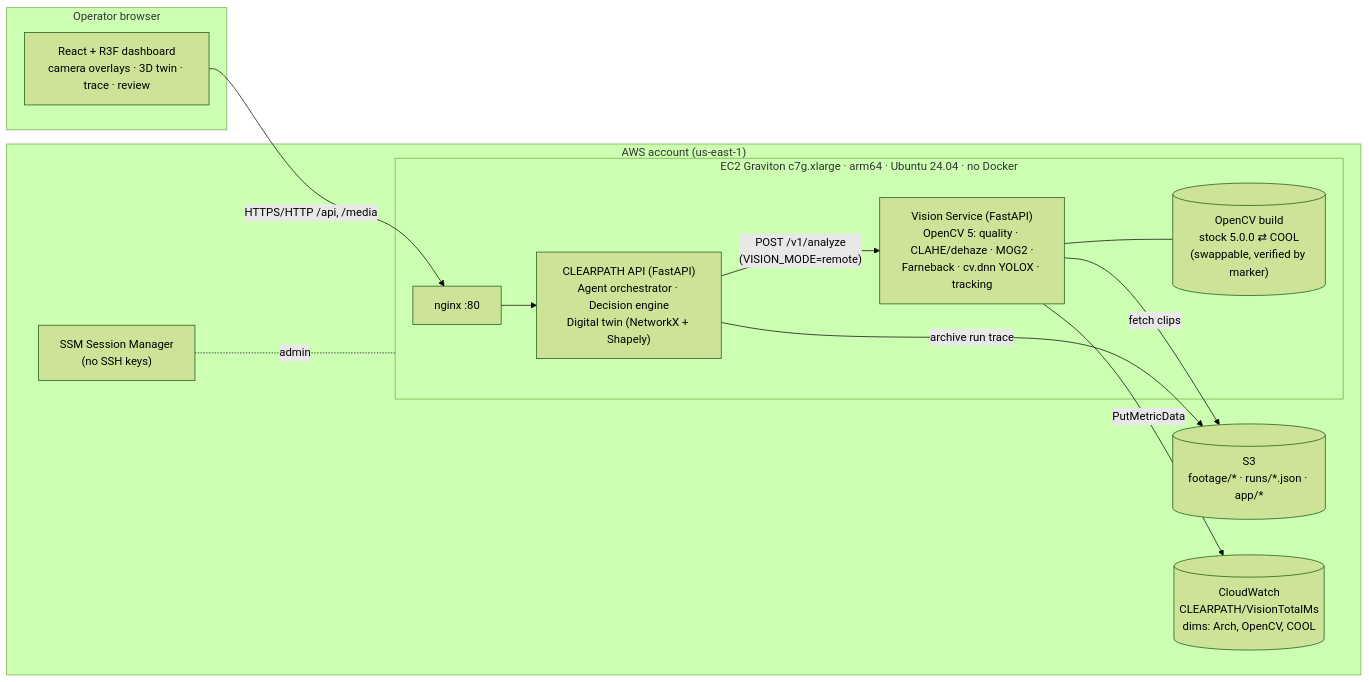
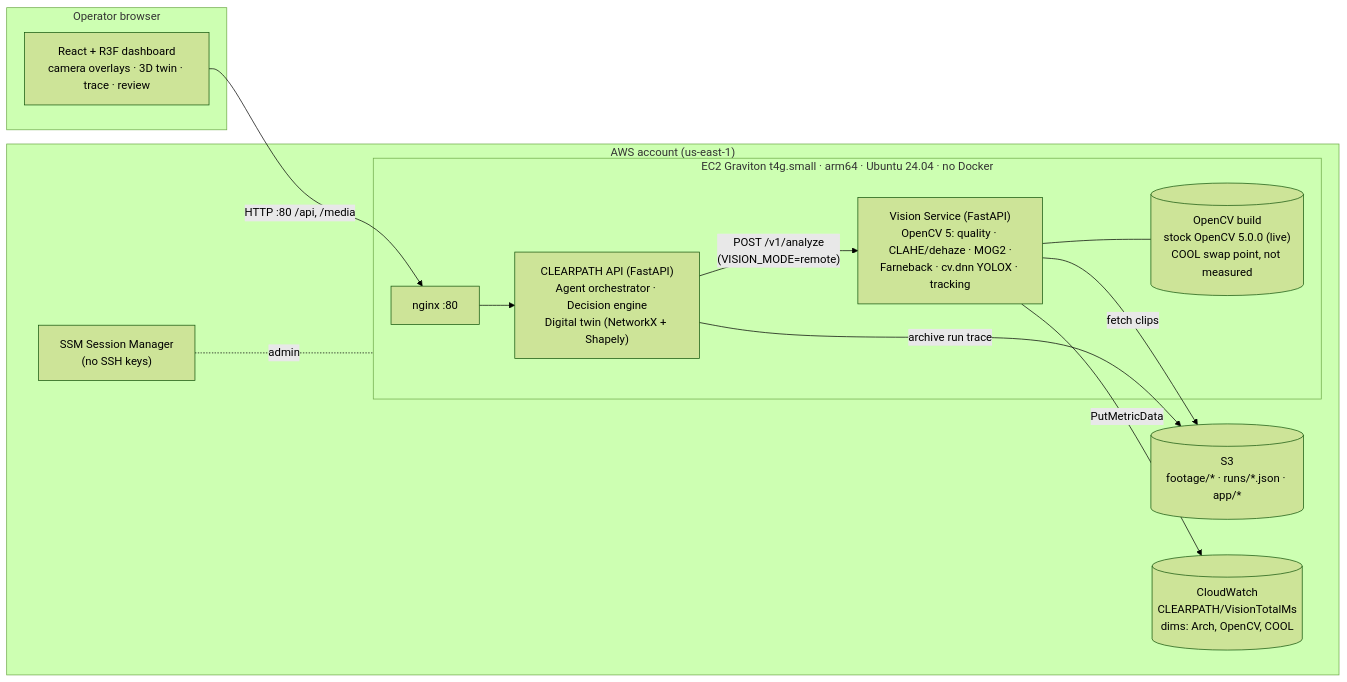
The diagram in docs/diagrams/architecture.mmd (chiragdeshmukh91/OpenCV5-Project), drawn with Mermaid (forest theme) before and after one commit. The commit also changed 3 other files, not shown here.

```diff
--- a/docs/diagrams/architecture.mmd
+++ b/docs/diagrams/architecture.mmd
@@ -1,22 +1,22 @@
 flowchart LR
   subgraph Client["Operator browser"]
     UI["React + R3F dashboard<br/>camera overlays · 3D twin · trace · review"]
   end
   subgraph AWS["AWS account (us-east-1)"]
-    subgraph EC2["EC2 Graviton c7g.xlarge · arm64 · Ubuntu 24.04 · no Docker"]
+    subgraph EC2["EC2 Graviton t4g.small · arm64 · Ubuntu 24.04 · no Docker"]
       NGX["nginx :80"]
       API["CLEARPATH API (FastAPI)<br/>Agent orchestrator · Decision engine<br/>Digital twin (NetworkX + Shapely)"]
       VIS["Vision Service (FastAPI)<br/>OpenCV 5: quality · CLAHE/dehaze · MOG2 ·<br/>Farneback · cv.dnn YOLOX · tracking"]
-      COOL[("OpenCV build<br/>stock 5.0.0 ⇄ COOL<br/>(swappable, verified by marker)")]
+      COOL[("OpenCV build<br/>stock OpenCV 5.0.0 (live)<br/>COOL swap point, not measured")]
     end
     S3[("S3<br/>footage/* · runs/*.json · app/*")]
     CW[("CloudWatch<br/>CLEARPATH/VisionTotalMs<br/>dims: Arch, OpenCV, COOL")]
     SSM["SSM Session Manager<br/>(no SSH keys)"]
   end
-  UI -- "HTTPS/HTTP /api, /media" --> NGX --> API
+  UI -- "HTTP :80 /api, /media" --> NGX --> API
   API -- "POST /v1/analyze<br/>(VISION_MODE=remote)" --> VIS
   VIS --- COOL
   VIS -- "fetch clips" --> S3
   API -- "archive run trace" --> S3
   VIS -- "PutMetricData" --> CW
   SSM -. admin .- EC2
```
